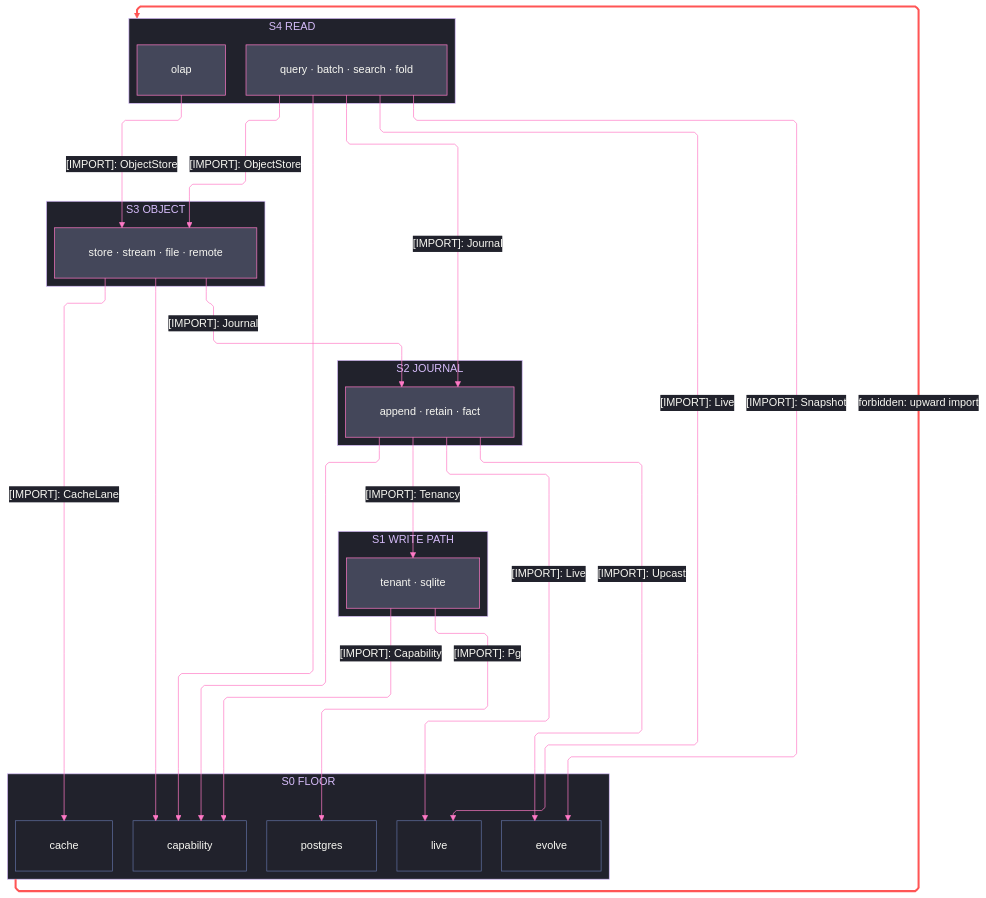
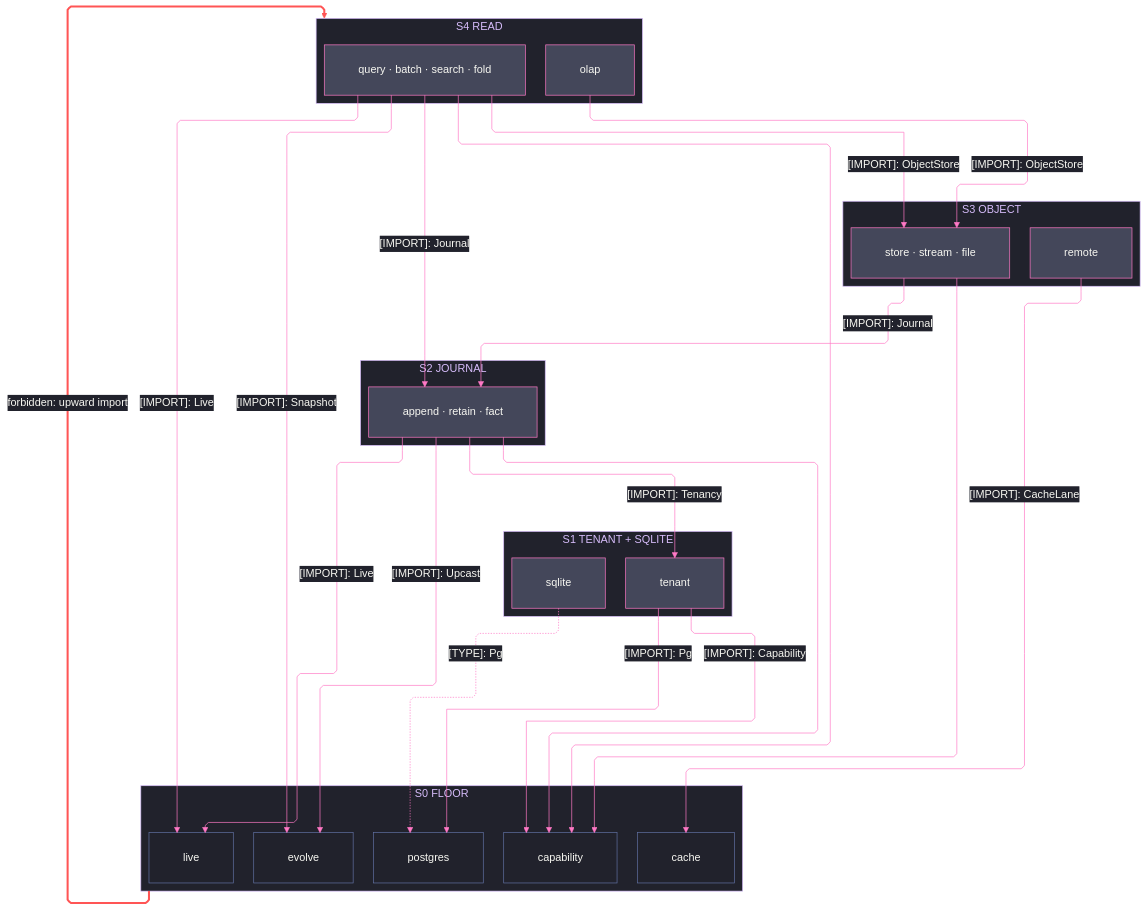
One commit to bsamiee/Rasm changed the first of 2 diagrams in libs/typescript/data/ARCHITECTURE.md. Above: the diagram before and after it, drawn with Mermaid. The commit also changed 9 other files, not shown here.

Commit message:
architecture: CR finding fixes

````diff
--- a/libs/typescript/data/ARCHITECTURE.md
+++ b/libs/typescript/data/ARCHITECTURE.md
@@ -43,75 +43,78 @@
 ```mermaid
 ---
 config:
   theme: base
   look: classic
   layout: elk
   flowchart:
     curve: linear
     padding: 25
   themeVariables:
     darkMode: true
     fontFamily: "SF Mono, Menlo, Cascadia Mono, Segoe UI Mono, Consolas, monospace"
     useGradient: false
     dropShadow: "none"
     background: "#282A36"
     primaryColor: "#44475A"
     primaryTextColor: "#F8F8F2"
     primaryBorderColor: "#BD93F9"
     lineColor: "#FF79C6"
     textColor: "#F8F8F2"
     clusterBkg: "#21222C"
     clusterBorder: "#D6BCFA"
     edgeLabelBackground: "#21222C"
     labelBackgroundColor: "#21222C"
     titleColor: "#D6BCFA"
   themeCSS: ".nodeLabel{font-size:13px;font-weight:500}.edgeLabel{font-size:12px;font-weight:500}.cluster-label .nodeLabel{font-size:13.5px;font-weight:700;letter-spacing:.08em}.edge-thickness-normal{stroke-width:2px}.edge-thickness-thick{stroke-width:3px}.edge-pattern-dashed,.edge-pattern-dotted{stroke-width:1.5px;stroke-dasharray:4 6}.node rect,.node circle,.node polygon,.node path,.node .outer-path{stroke-width:1.5px;filter:none!important}.cluster rect{stroke-width:1px!important;stroke-dasharray:5 4!important;filter:none!important}.marker path{transform:scale(.8);transform-origin:5px 5px}.marker circle{transform:scale(.48);transform-origin:5px 5px}.edgeLabel rect{transform-box:fill-box;transform-origin:center;transform:scale(1.1,1.2)}"
 ---
 flowchart TB
     accTitle: Data interior import strata
-    accDescr: Five interior waves — read and olap over object over journal over the tenancy write path onto a five-mint floor — every import downward, labeled edges naming one sourced type each, and one forbidden upward edge styled red.
+    accDescr: Five interior waves — read and olap over object over journal over the tenant write path onto a five-mint floor — every import downward, labeled edges naming one sourced type each, remote alone reaching the cache lane, sqlite holding a dashed type-only Pg read beside the tenant write path, and one forbidden upward edge styled red.
     subgraph S4["S4 READ"]
         Olap[olap]
         Read["query · batch · search · fold"]
     end
     subgraph S3["S3 OBJECT"]
-        Object["store · stream · file · remote"]
+        Object["store · stream · file"]
+        Remote[remote]
     end
     subgraph S2["S2 JOURNAL"]
         Journal["append · retain · fact"]
     end
-    subgraph S1["S1 WRITE PATH"]
-        Tenant["tenant · sqlite"]
+    subgraph S1["S1 TENANT + SQLITE"]
+        Tenant[tenant]
+        Sqlite[sqlite]
     end
     subgraph S0["S0 FLOOR"]
         Postgres[postgres]
         Capability[capability]
         Evolve[evolve]
         Live[live]
         Cache[cache]
     end
     Tenant e1@-->|"[IMPORT]: Capability"| Capability
     Tenant e2@-->|"[IMPORT]: Pg"| Postgres
     Journal e3@-->|"[IMPORT]: Tenancy"| Tenant
     Journal e4@-->|"[IMPORT]: Upcast"| Evolve
     Journal e5@-->|"[IMPORT]: Live"| Live
     Journal e6@--> Capability
     Object e7@-->|"[IMPORT]: Journal"| Journal
-    Object e8@-->|"[IMPORT]: CacheLane"| Cache
+    Remote e8@-->|"[IMPORT]: CacheLane"| Cache
     Object e9@--> Capability
     Read e10@-->|"[IMPORT]: ObjectStore"| Object
     Read e11@-->|"[IMPORT]: Journal"| Journal
     Read e12@-->|"[IMPORT]: Live"| Live
     Read e13@--> Capability
     Read e14@-->|"[IMPORT]: Snapshot"| Evolve
     Olap e15@-->|"[IMPORT]: ObjectStore"| Object
+    Sqlite e16@-.->|"[TYPE]: Pg"| Postgres
     S0 f1@-->|"forbidden: upward import"| S4
     classDef primary fill:#44475A,stroke:#FF79C6,color:#F8F8F2
     classDef recessed fill:#21222C,stroke:#6272A4,color:#F8F8F2
     classDef edgeControl stroke:#FF79C6,color:#F8F8F2
     classDef edgeError stroke:#FF5555,stroke-width:3px,color:#F8F8F2
-    class Read,Olap,Object,Journal,Tenant primary
+    class Read,Olap,Object,Remote,Journal,Tenant,Sqlite primary
     class Postgres,Capability,Cache,Evolve,Live recessed
-    class e1,e2,e3,e4,e5,e6,e7,e8,e9,e10,e11,e12,e13,e14,e15 edgeControl
+    class e1,e2,e3,e4,e5,e6,e7,e8,e9,e10,e11,e12,e13,e14,e15,e16 edgeControl
     class f1 edgeError
 ```
````
